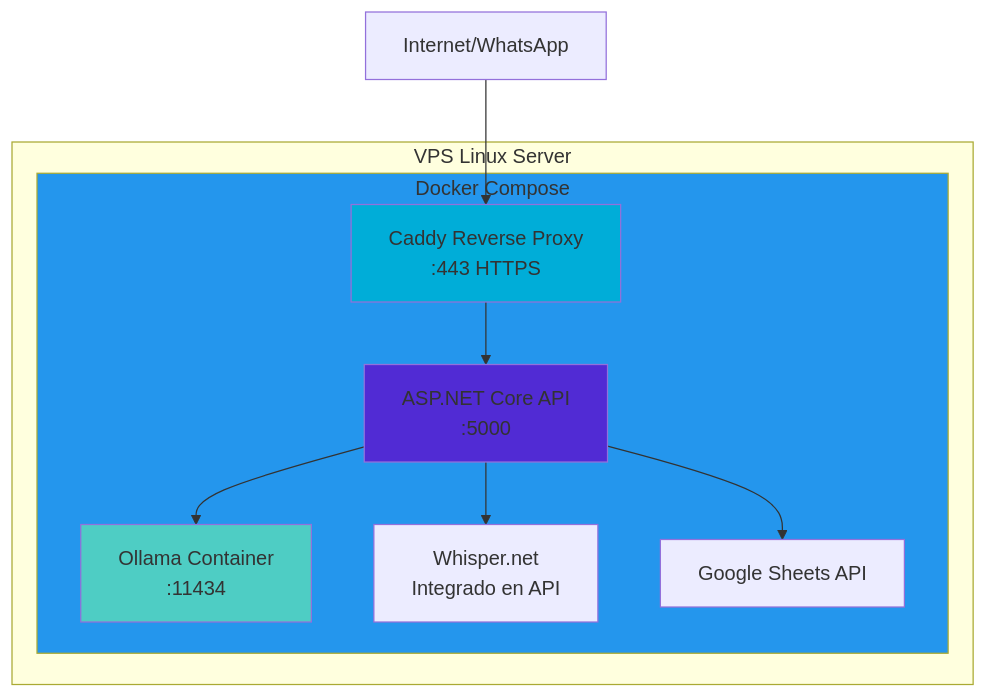
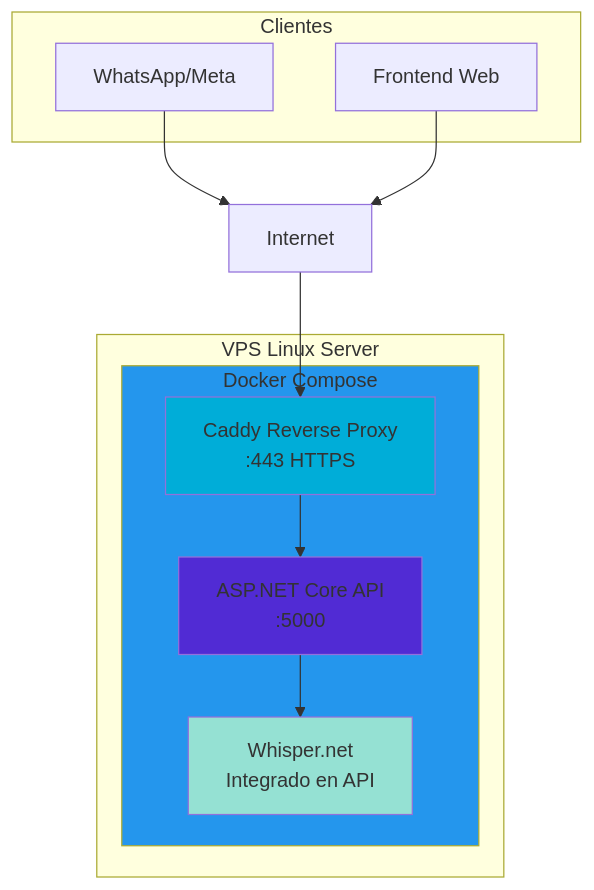
One commit to industrial-dev/saveyournote changed the seventh of 7 diagrams in README.md. Above: the diagram before and after it, drawn with Mermaid. The commit also changed other lines of this file and 4 other files, not shown here.

Commit message:
📝 Update README.md and add architecture diagram

````diff
--- a/README.md
+++ b/README.md
@@ -863,18 +636,24 @@
 ```mermaid
 graph TB
-    Internet[Internet/WhatsApp] --> Caddy[Caddy Reverse Proxy<br/>:443 HTTPS]
+    Internet[Internet] --> Caddy[Caddy Reverse Proxy<br/>:443 HTTPS]
 
     subgraph VPS[VPS Linux Server]
         subgraph Docker[Docker Compose]
             Caddy --> API[ASP.NET Core API<br/>:5000]
-            API --> Ollama[Ollama Container<br/>:11434]
             API --> Whisper[Whisper.net<br/>Integrado en API]
-            API --> Sheets[Google Sheets API]
         end
     end
 
+    subgraph Clientes
+        WA[WhatsApp/Meta]
+        FE[Frontend Web]
+    end
+
+    WA --> Internet
+    FE --> Internet
+
     style Caddy fill:#00add8
     style API fill:#512bd4
-    style Ollama fill:#4ecdc4
+    style Whisper fill:#95e1d3
     style Docker fill:#2496ed
 ```
````
